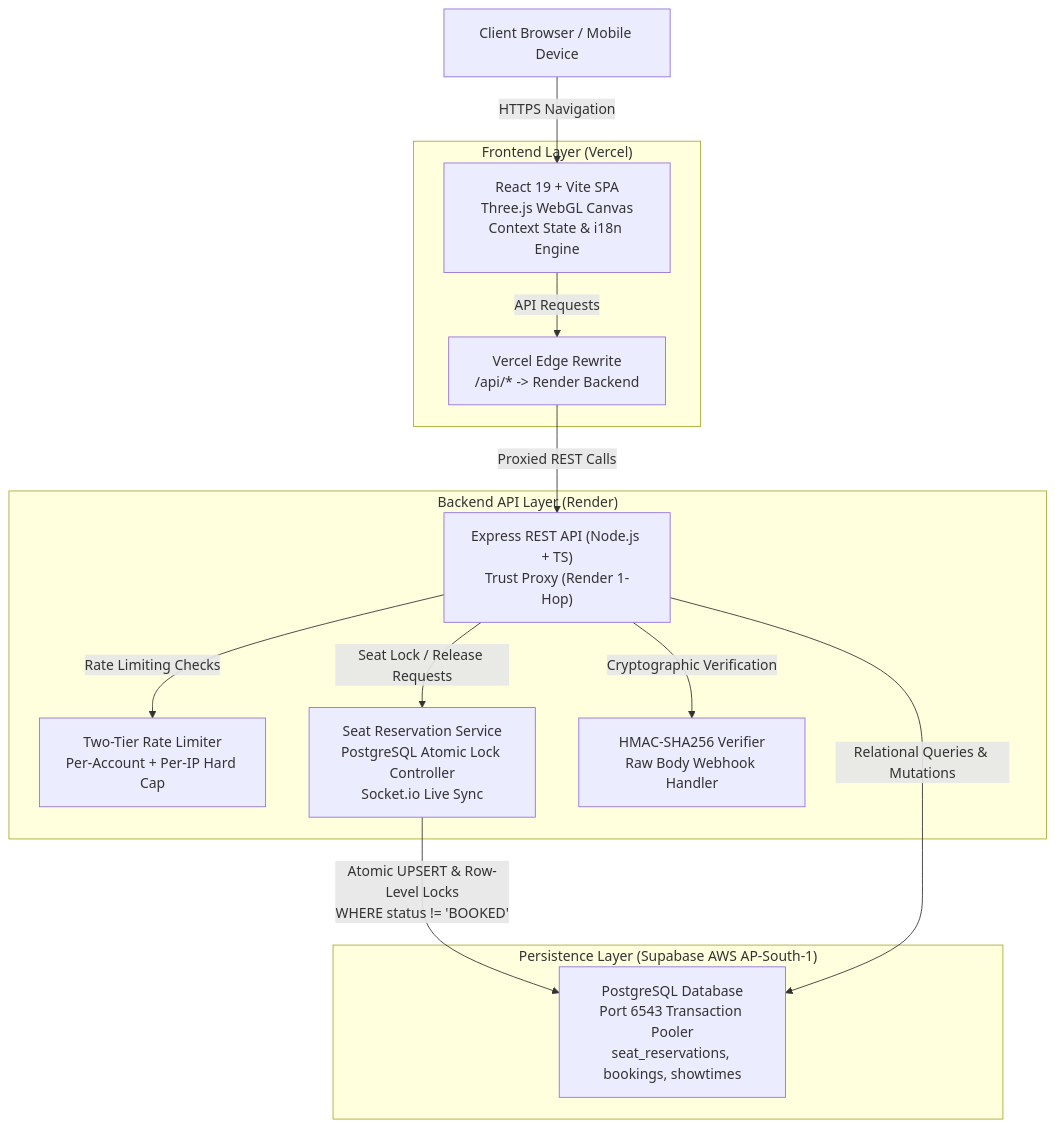
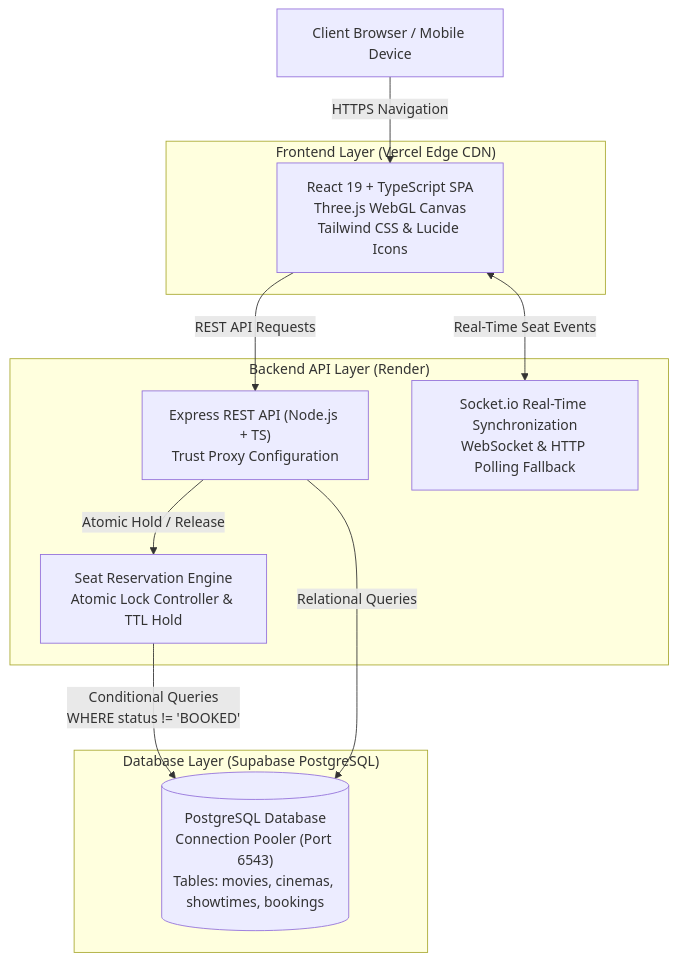
The diagram in README.md (Sahithi200423/Movie_booking), drawn with Mermaid before and after one commit. The commit also changed other lines of this file and 8 other files, not shown here.

````diff
--- a/README.md
+++ b/README.md
@@ -29,29 +60,25 @@
 ```mermaid
 graph TD
     User["Client Browser / Mobile Device"]
 
-    subgraph CDN ["Frontend Layer (Vercel)"]
-        SPA["React 19 + Vite SPA<br/>Three.js WebGL Canvas<br/>Context State & i18n Engine"]
-        ProxyRewrite["Vercel Edge Rewrite<br/>/api/* -> Render Backend"]
+    subgraph CDN ["Frontend Layer (Vercel Edge CDN)"]
+        SPA["React 19 + TypeScript SPA<br/>Three.js WebGL Canvas<br/>Tailwind CSS & Lucide Icons"]
     end
 
     subgraph Backend ["Backend API Layer (Render)"]
-        Express["Express REST API (Node.js + TS)<br/>Trust Proxy (Render 1-Hop)"]
-        RateLimiter["Two-Tier Rate Limiter<br/>Per-Account + Per-IP Hard Cap"]
-        SeatEngine["Seat Reservation Service<br/>PostgreSQL Atomic Lock Controller<br/>Socket.io Live Sync"]
-        PaymentVerifier["HMAC-SHA256 Verifier<br/>Raw Body Webhook Handler"]
+        Express["Express REST API (Node.js + TS)<br/>Trust Proxy Configuration"]
+        SeatEngine["Seat Reservation Engine<br/>Atomic Lock Controller & TTL Hold"]
+        SocketSync["Socket.io Real-Time Synchronization<br/>WebSocket & HTTP Polling Fallback"]
     end
 
-    subgraph Storage ["Persistence Layer (Supabase AWS AP-South-1)"]
-        Postgres["PostgreSQL Database<br/>Port 6543 Transaction Pooler<br/>seat_reservations, bookings, showtimes"]
+    subgraph Storage ["Database Layer (Supabase PostgreSQL)"]
+        Postgres[("PostgreSQL Database<br/>Connection Pooler (Port 6543)<br/>Tables: movies, cinemas, showtimes, bookings")]
     end
 
     User -->|HTTPS Navigation| SPA
-    SPA -->|API Requests| ProxyRewrite
-    ProxyRewrite -->|Proxied REST Calls| Express
-    Express -->|Rate Limiting Checks| RateLimiter
-    Express -->|Seat Lock / Release Requests| SeatEngine
-    SeatEngine -->|Atomic UPSERT & Row-Level Locks<br/>WHERE status != 'BOOKED'| Postgres
-    Express -->|Cryptographic Verification| PaymentVerifier
-    Express -->|Relational Queries & Mutations| Postgres
+    SPA -->|REST API Requests| Express
+    SPA <-->|Real-Time Seat Events| SocketSync
+    Express -->|Atomic Hold / Release| SeatEngine
+    SeatEngine -->|Conditional Queries<br/>WHERE status != 'BOOKED'| Postgres
+    Express -->|Relational Queries| Postgres
 ```
````
